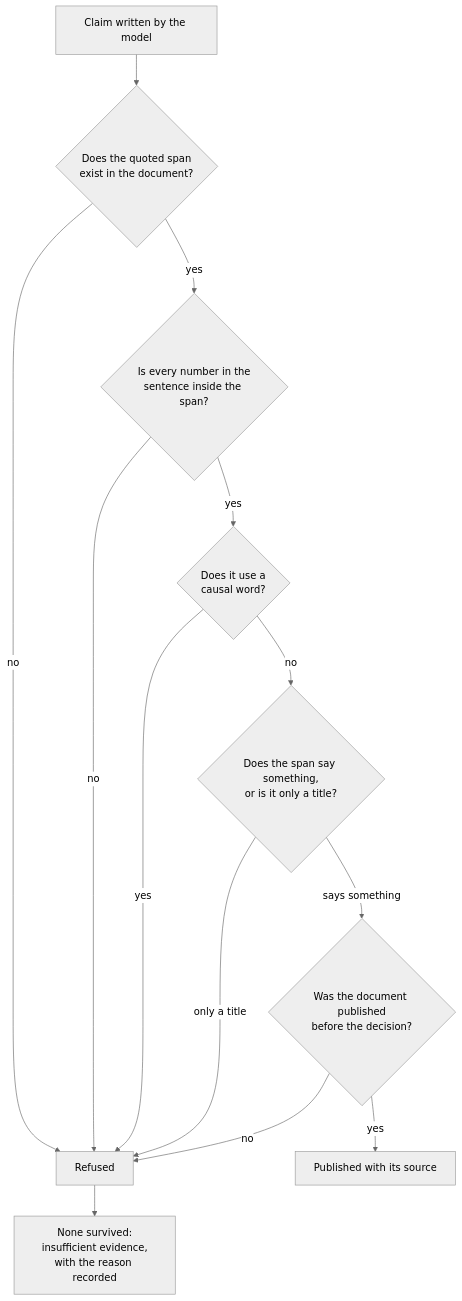
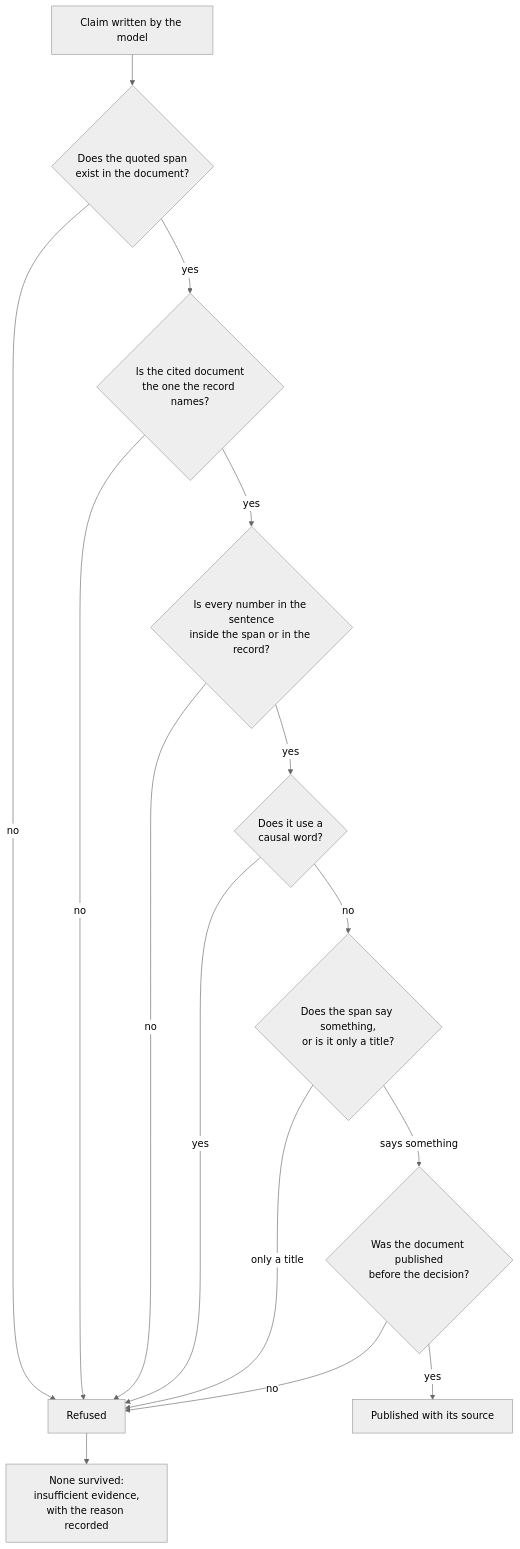
Before and after one commit to Hackathon-IA-2026/solucoes-grupo-09: the second of 3 diagrams in docs/rag/evidence-layer.md, drawn with Mermaid (neutral theme). The commit also changed other lines of this file and 13 other files, not shown here.

````diff
--- a/docs/rag/evidence-layer.md
+++ b/docs/rag/evidence-layer.md
@@ -65,15 +66,17 @@
 ```mermaid
 flowchart TD
     A["Claim written by the model"] --> B{"Does the quoted span<br/>exist in the document?"}
     B -- no --> X["Refused"]
-    B -- yes --> C{"Is every number in the<br/>sentence inside the span?"}
+    B -- yes --> N{"Is the cited document<br/>the one the record names?"}
+    N -- no --> X
+    N -- yes --> C{"Is every number in the sentence<br/>inside the span or in the record?"}
     C -- no --> X
     C -- yes --> D{"Does it use a<br/>causal word?"}
     D -- yes --> X
     D -- no --> E{"Does the span say something,<br/>or is it only a title?"}
     E -- only a title --> X
     E -- says something --> F{"Was the document published<br/>before the decision?"}
     F -- no --> X
     F -- yes --> G["Published with its source"]
     X --> Y["None survived:<br/>insufficient evidence,<br/>with the reason recorded"]
 ```
````
